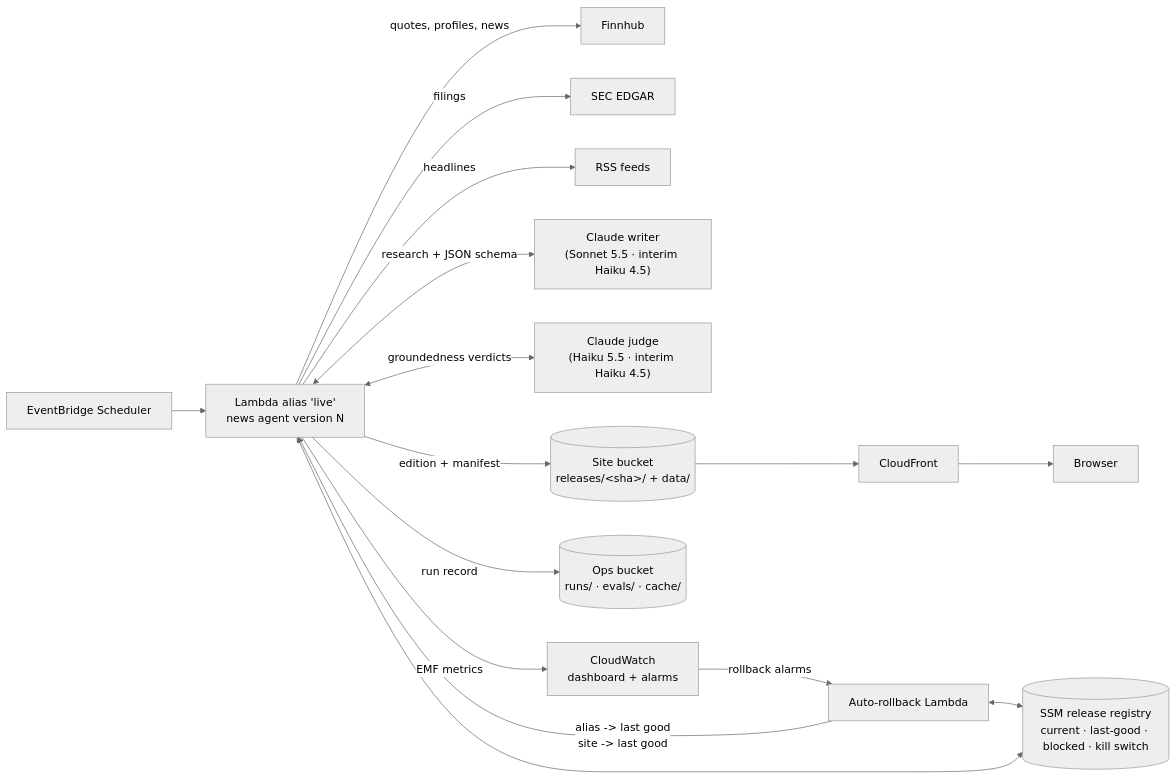
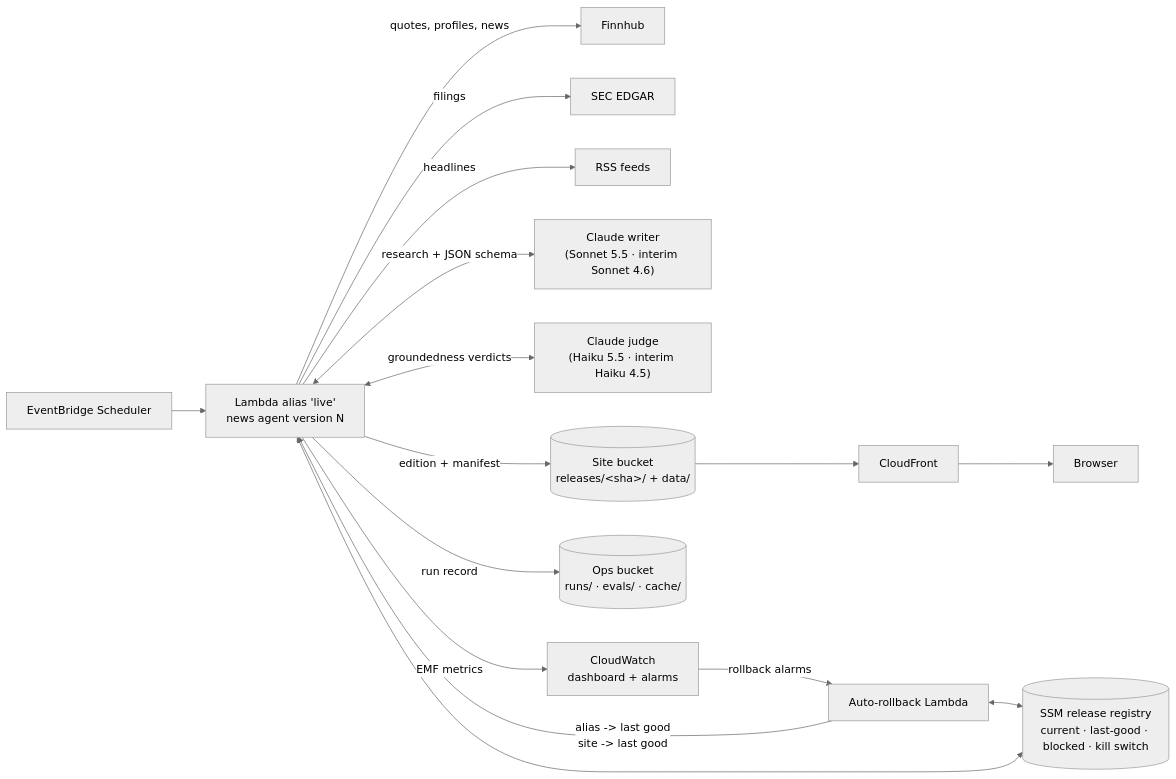
One commit to Cesarho96/stock-news-dashboard changed the diagram in README.md. Above: the diagram before and after it, drawn with Mermaid (neutral theme). The commit also changed other lines of this file and 7 other files, not shown here.

First line of the commit message:
Interim model profile: Claude Sonnet 4.6 writes, Claude Haiku 4.5 judges

````diff
--- a/README.md
+++ b/README.md
@@ -26,17 +26,17 @@
 ```mermaid
 flowchart LR
   SCH["EventBridge Scheduler"] --> A["Lambda alias 'live'<br/>news agent version N"]
   A -->|quotes, profiles, news| FH[Finnhub]
   A -->|filings| SEC[SEC EDGAR]
   A -->|headlines| RSS[RSS feeds]
-  A <-->|"research + JSON schema"| W["Claude writer<br/>(Sonnet 5.5 · interim Haiku 4.5)"]
+  A <-->|"research + JSON schema"| W["Claude writer<br/>(Sonnet 5.5 · interim Sonnet 4.6)"]
   A <-->|groundedness verdicts| J["Claude judge<br/>(Haiku 5.5 · interim Haiku 4.5)"]
   A -->|edition + manifest| S3[("Site bucket<br/>releases/&lt;sha&gt;/ + data/")]
   A -->|run record| OPS[("Ops bucket<br/>runs/ · evals/ · cache/")]
   A -->|EMF metrics| CW["CloudWatch<br/>dashboard + alarms"]
   S3 --> CF[CloudFront] --> WEB[Browser]
   CW -->|rollback alarms| RB["Auto-rollback Lambda"]
   RB -->|"alias -> last good<br/>site -> last good"| A
   REG[("SSM release registry<br/>current · last-good · blocked · kill switch")] <--> A
   RB <--> REG
 ```
````
